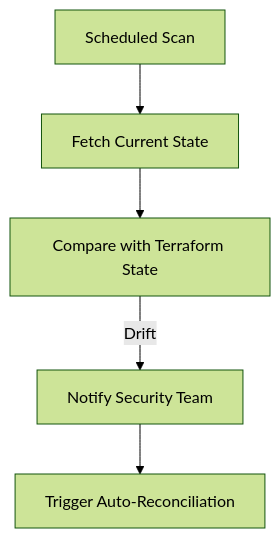
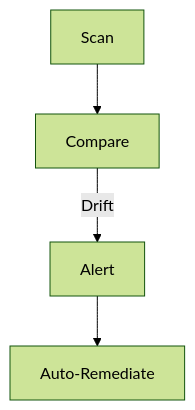
Before and after one commit to Devopstrio/hybrid-landingzone: the seventh of 30 diagrams in README.md, drawn with Mermaid (forest theme). The commit also changed other lines of this file, not shown here.

Commit message:
docs: expand README with 30+ architectural diagrams

````diff
--- a/README.md
+++ b/README.md
@@ -180,7 +84,6 @@
 ```mermaid
 graph TD
-    Trigger[Scheduled Scan] --> Fetch[Fetch Current State]
-    Fetch --> Compare[Compare with Terraform State]
-    Compare -->|Drift| Alert[Notify Security Team]
-    Alert --> Remediate[Trigger Auto-Reconciliation]
+    Scan[Scan] --> Compare[Compare]
+    Compare -->|Drift| Alert[Alert]
+    Alert --> Sync[Auto-Remediate]
 ```
````
